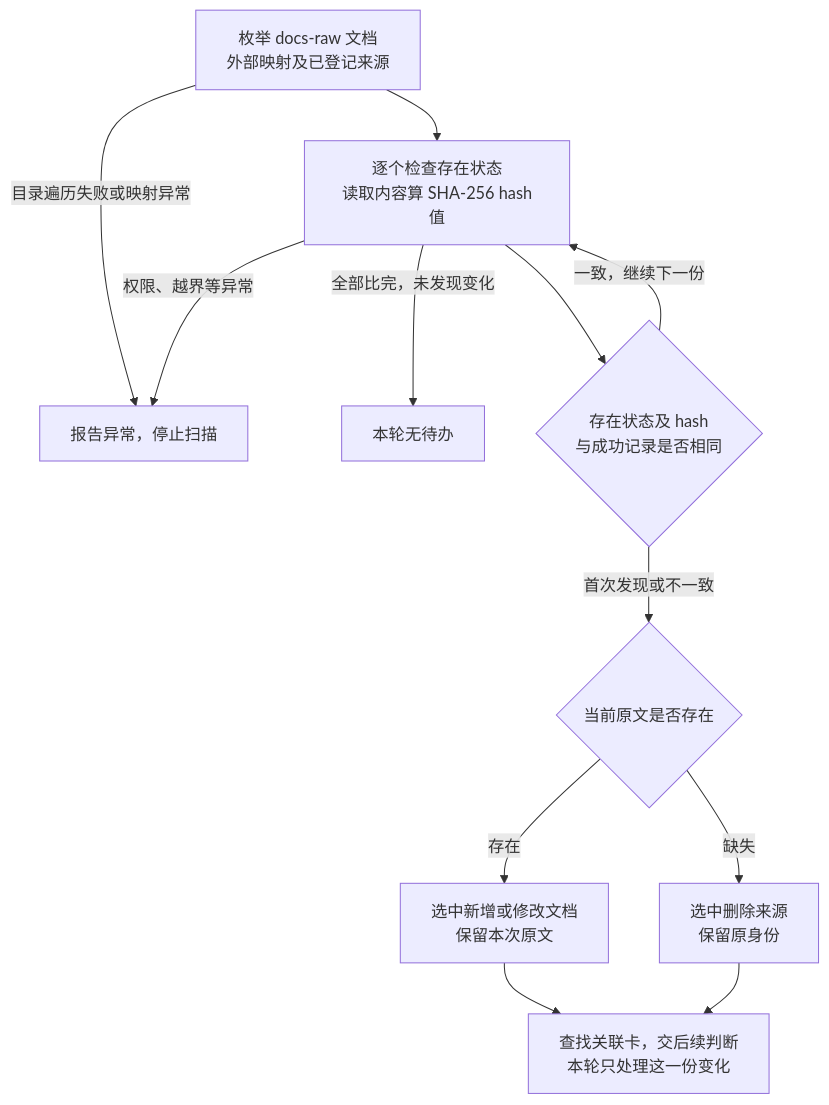
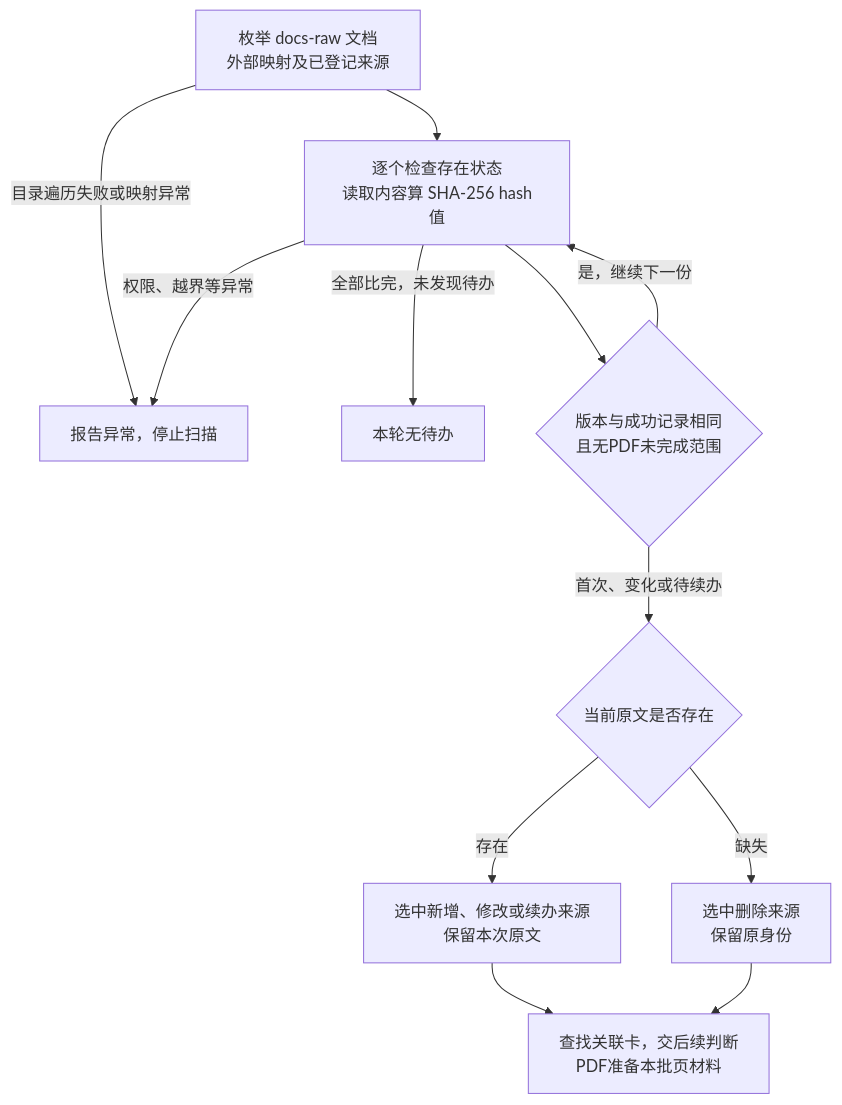
The fourth of 7 diagrams in himate/himate-knowledge-wifi-mp/docs-llm-wiki/知识库详细设计.md (Robin-hhc/FactumCore), drawn with Mermaid before and after one commit. The commit also changed other lines of this file and 30 other files, not shown here.

````diff
--- a/himate/himate-knowledge-wifi-mp/docs-llm-wiki/知识库详细设计.md
+++ b/himate/himate-knowledge-wifi-mp/docs-llm-wiki/知识库详细设计.md
@@ -165,14 +166,14 @@
 ```mermaid
 flowchart TD
     A["枚举 docs-raw 文档<br/>外部映射及已登记来源"] --> B["逐个检查存在状态<br/>读取内容算 SHA-256 hash值"]
     A -->|目录遍历失败或映射异常| X["报告异常，停止扫描"]
     B -->|权限、越界等异常| X
-    B -->|全部比完，未发现变化| N["本轮无待办"]
-    B --> C{"存在状态及 hash<br/>与成功记录是否相同"}
-    C -->|一致，继续下一份| B
-    C -->|首次发现或不一致| D{"当前原文是否存在"}
-    D -->|存在| E["选中新增或修改文档<br/>保留本次原文"]
+    B -->|全部比完，未发现待办| N["本轮无待办"]
+    B --> C{"版本与成功记录相同<br/>且无PDF未完成范围"}
+    C -->|是，继续下一份| B
+    C -->|首次、变化或待续办| D{"当前原文是否存在"}
+    D -->|存在| E["选中新增、修改或续办来源<br/>保留本次原文"]
     D -->|缺失| F["选中删除来源<br/>保留原身份"]
-    E --> G["查找关联卡，交后续判断<br/>本轮只处理这一份变化"]
+    E --> G["查找关联卡，交后续判断<br/>PDF准备本批页材料"]
     F --> G
 ```
````
